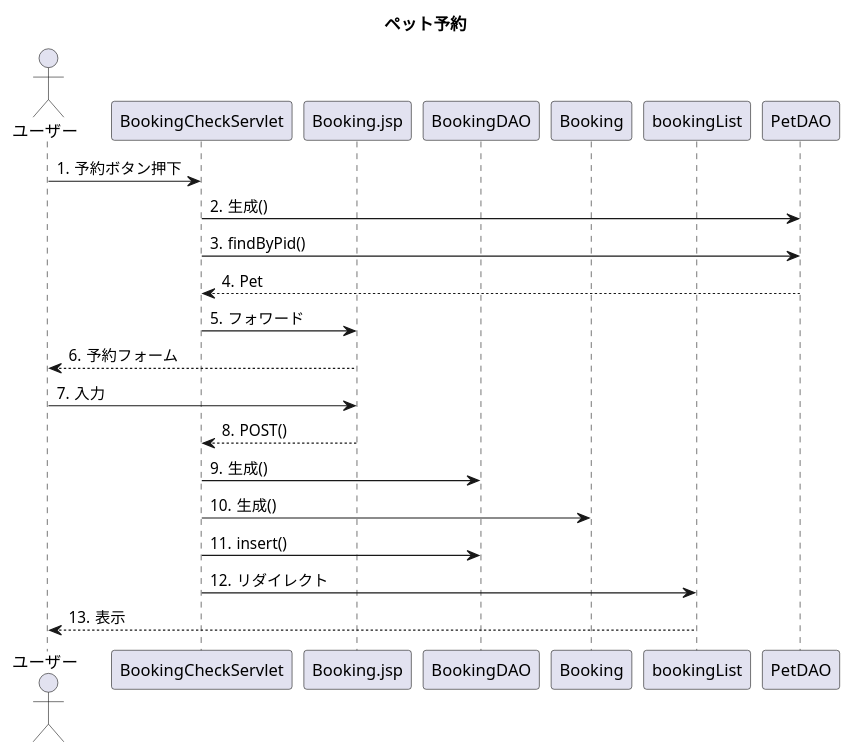
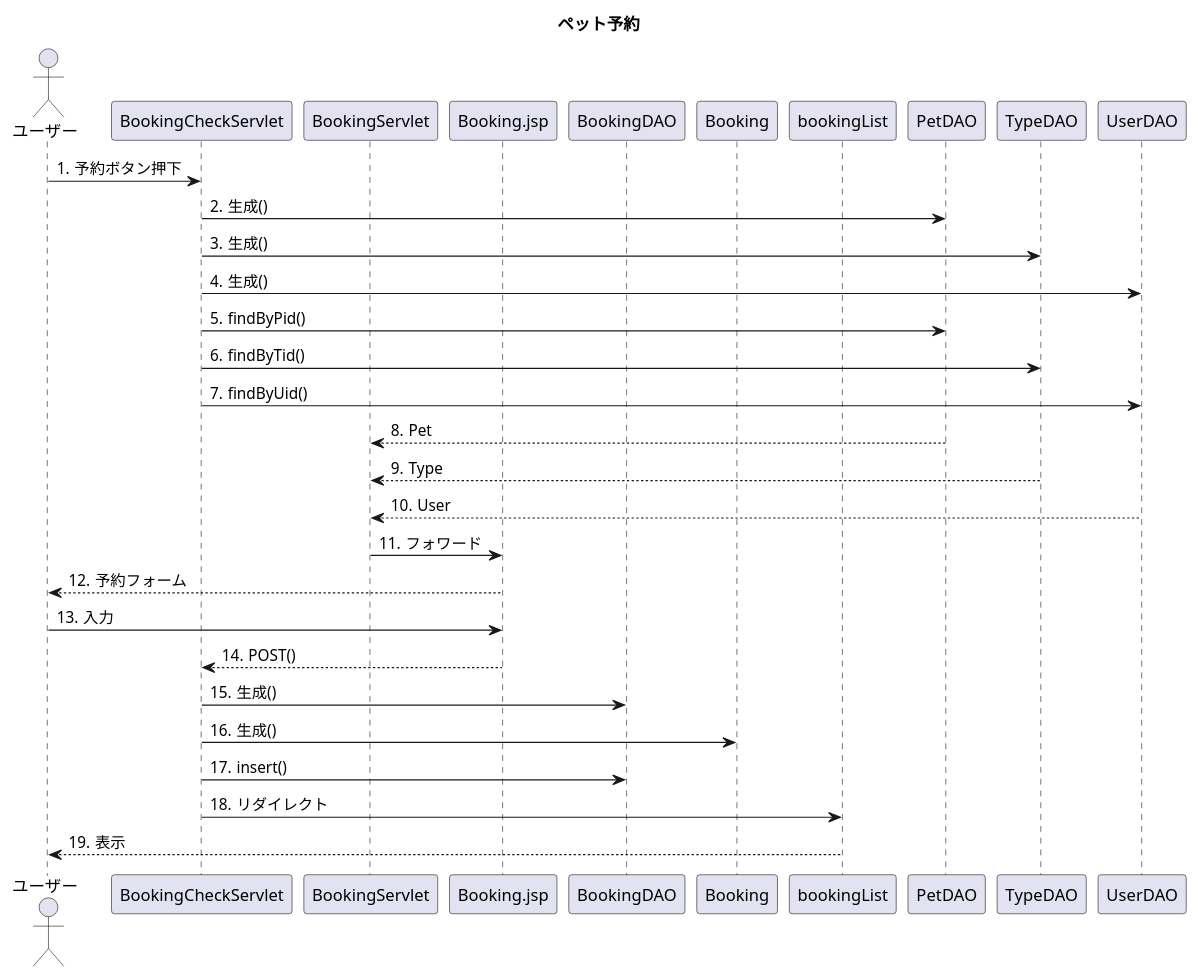
The diagram in detail.uml/seq_booking.pu (Tyamanaka07/WebSystem), drawn with PlantUML before and after one commit. The commit also changed 3 other files, not shown here.

```diff
--- a/detail.uml/seq_booking.pu
+++ b/detail.uml/seq_booking.pu
@@ -1,28 +1,35 @@
 @startuml
 title ペット予約
 actor ユーザー
 participant BookingCheckServlet
+participant BookingServlet
 participant Booking.jsp
 participant BookingDAO
 participant Booking
 participant bookingList
 autonumber "#."
 
 
 ユーザー->BookingCheckServlet : 予約ボタン押下
 BookingCheckServlet->PetDAO : 生成()
+BookingCheckServlet->TypeDAO : 生成()
+BookingCheckServlet->UserDAO : 生成()
 BookingCheckServlet->PetDAO : findByPid()
-PetDAO-->BookingCheckServlet : Pet
-BookingCheckServlet->Booking.jsp : フォワード
+BookingCheckServlet->TypeDAO : findByTid()
+BookingCheckServlet->UserDAO : findByUid()
+PetDAO-->BookingServlet : Pet
+TypeDAO-->BookingServlet : Type
+UserDAO-->BookingServlet : User
+BookingServlet->Booking.jsp : フォワード
 Booking.jsp-->ユーザー : 予約フォーム
 ユーザー->Booking.jsp : 入力
 Booking.jsp-->BookingCheckServlet : POST()
 BookingCheckServlet->BookingDAO : 生成()
 BookingCheckServlet->Booking:生成()
 BookingCheckServlet->BookingDAO : insert()
 BookingCheckServlet->bookingList : リダイレクト
 bookingList-->ユーザー : 表示
 
 
 
 @enduml
```
